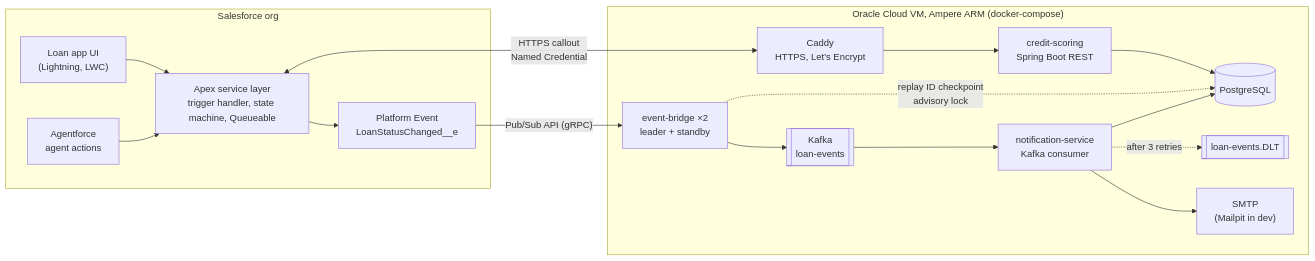
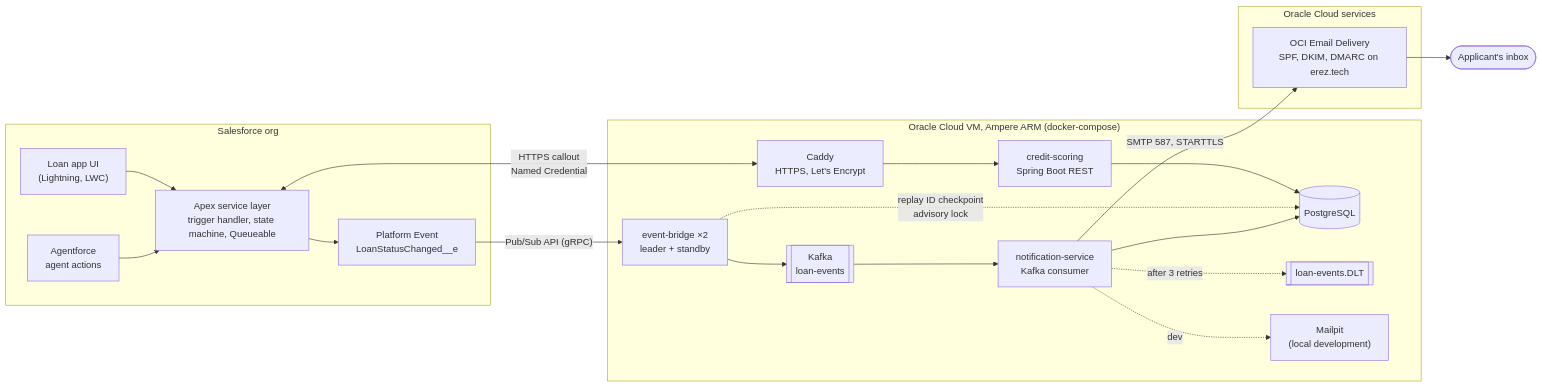
One commit to cohenerez/loan-origination changed the first of 2 diagrams in README.md. Above: the diagram before and after it, drawn with Mermaid. The commit also changed other lines of this file and 4 other files, not shown here.

````diff
--- a/README.md
+++ b/README.md
@@ -20,33 +20,40 @@
 ```mermaid
 flowchart LR
     subgraph SF["Salesforce org"]
         UI["Loan app UI<br/>(Lightning, LWC)"]
         AG["Agentforce<br/>agent actions"]
         APEX["Apex service layer<br/>trigger handler, state machine, Queueable"]
         PE["Platform Event<br/>LoanStatusChanged__e"]
         UI --> APEX
         AG --> APEX
         APEX --> PE
     end
 
     subgraph VM["Oracle Cloud VM, Ampere ARM (docker-compose)"]
         CADDY["Caddy<br/>HTTPS, Let's Encrypt"]
         CS["credit-scoring<br/>Spring Boot REST"]
         DB[("PostgreSQL")]
         BR["event-bridge ×2<br/>leader + standby"]
         K[["Kafka<br/>loan-events"]]
         NS["notification-service<br/>Kafka consumer"]
         DLT[["loan-events.DLT"]]
-        MAIL["SMTP<br/>(Mailpit in dev)"]
+        MAIL["Mailpit<br/>(local development)"]
         CADDY --> CS
         CS --> DB
         BR -. "replay ID checkpoint<br/>advisory lock" .-> DB
         BR --> K --> NS
         NS --> DB
-        NS --> MAIL
+        NS -. "dev" .-> MAIL
         NS -. "after 3 retries" .-> DLT
     end
+
+    subgraph OCI["Oracle Cloud services"]
+        EMAIL["OCI Email Delivery<br/>SPF, DKIM, DMARC on erez.tech"]
+    end
+
+    NS -- "SMTP 587, STARTTLS" --> EMAIL
+    EMAIL --> INBOX(["Applicant's inbox"])
 
     APEX <-- "HTTPS callout<br/>Named Credential" --> CADDY
     PE -- "Pub/Sub API (gRPC)" --> BR
 ```
````
